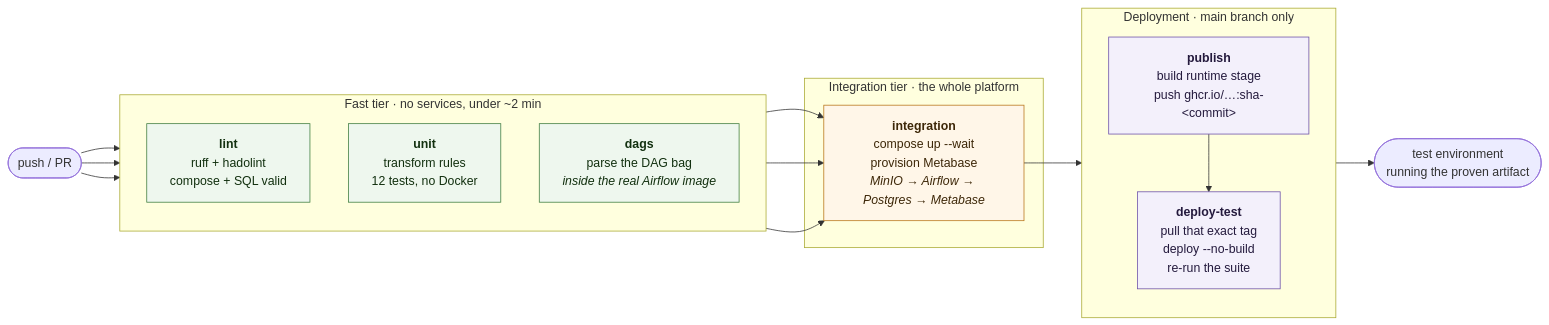
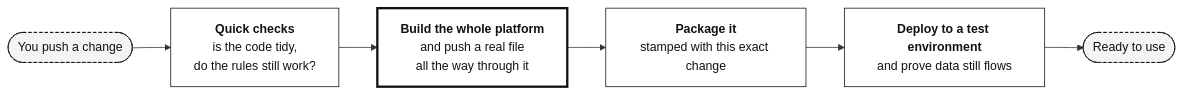
The second of 2 diagrams in README.md (Latiah/CI_CD_Workflows_Data_platform), drawn with Mermaid before and after one commit. The commit also changed other lines of this file, not shown here.

Commit message:
update system architecture

````diff
--- a/README.md
+++ b/README.md
@@ -201,40 +187,18 @@
 ```mermaid
 flowchart LR
-    PUSH(["push / PR"])
+    PUSH(["You push a change"])
+    CHECK["<b>Quick checks</b><br/>is the code tidy,<br/>do the rules still work?"]
+    PROVE["<b>Build the whole platform</b><br/>and push a real file<br/>all the way through it"]
+    PACK["<b>Package it</b><br/>stamped with this exact change"]
+    SHIP["<b>Deploy to a test environment</b><br/>and prove data still flows"]
+    OK(["Ready to use"])
 
-    subgraph FAST["Fast tier &middot; no services, under ~2 min"]
-        direction TB
-        LINT["<b>lint</b><br/>ruff + hadolint<br/>compose + SQL valid"]
-        UNIT["<b>unit</b><br/>transform rules<br/>12 tests, no Docker"]
-        DAGS["<b>dags</b><br/>parse the DAG bag<br/><i>inside the real Airflow image</i>"]
-    end
+    PUSH --> CHECK --> PROVE --> PACK --> SHIP --> OK
 
-    subgraph REAL["Integration tier &middot; the whole platform"]
-        INTEG["<b>integration</b><br/>compose up --wait<br/>provision Metabase<br/><i>MinIO → Airflow → Postgres → Metabase</i>"]
-    end
-
-    subgraph SHIP["Deployment &middot; main branch only"]
-        direction TB
-        PUB["<b>publish</b><br/>build runtime stage<br/>push ghcr.io/…:sha-&lt;commit&gt;"]
-        DEP["<b>deploy-test</b><br/>pull that exact tag<br/>deploy --no-build<br/>re-run the suite"]
-    end
-
-    OK(["test environment<br/>running the proven artifact"])
-
-    PUSH --> LINT
-    PUSH --> UNIT
-    PUSH --> DAGS
-    LINT --> INTEG
-    UNIT --> INTEG
-    DAGS --> INTEG
-    INTEG --> PUB
-    PUB --> DEP
-    DEP --> OK
-
-    classDef fast fill:#eef7ee,stroke:#3f7d3f,color:#12300f
-    classDef real fill:#fff6e8,stroke:#b8761a,color:#3d2708
-    classDef ship fill:#f3f0fb,stroke:#6b4fa8,color:#241a3d
-    class LINT,UNIT,DAGS fast
-    class INTEG real
-    class PUB,DEP ship
+    classDef step fill:#ffffff,stroke:#111111,color:#111111,stroke-width:1px
+    classDef key fill:#ffffff,stroke:#111111,color:#111111,stroke-width:3px
+    classDef ends fill:#f4f4f4,stroke:#111111,color:#111111,stroke-width:1px,stroke-dasharray:4 3
+    class CHECK,PACK,SHIP step
+    class PROVE key
+    class PUSH,OK ends
 ```
````
